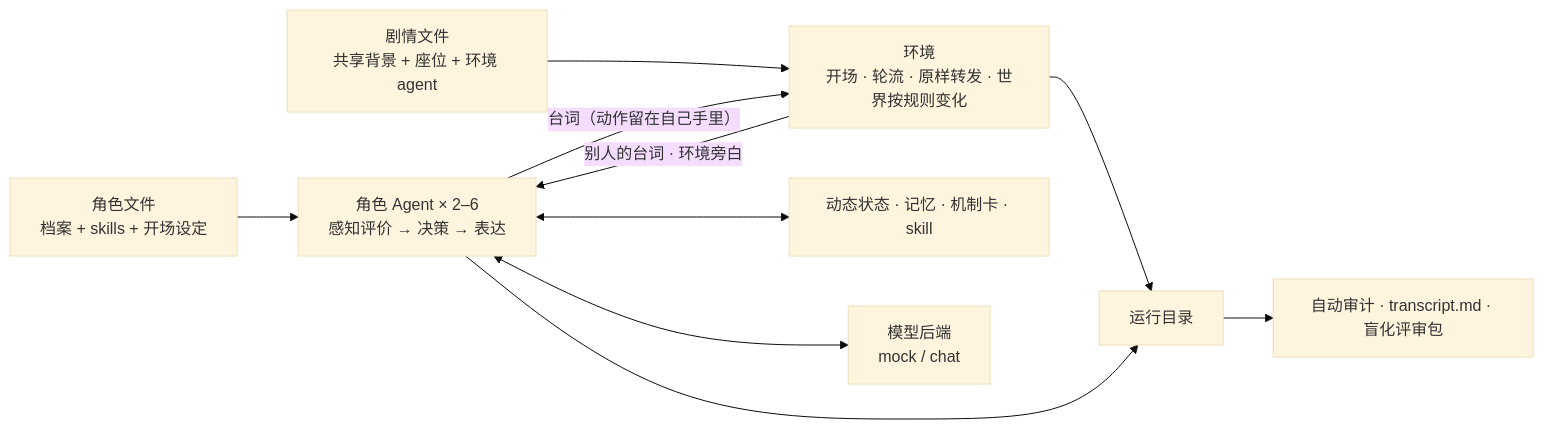
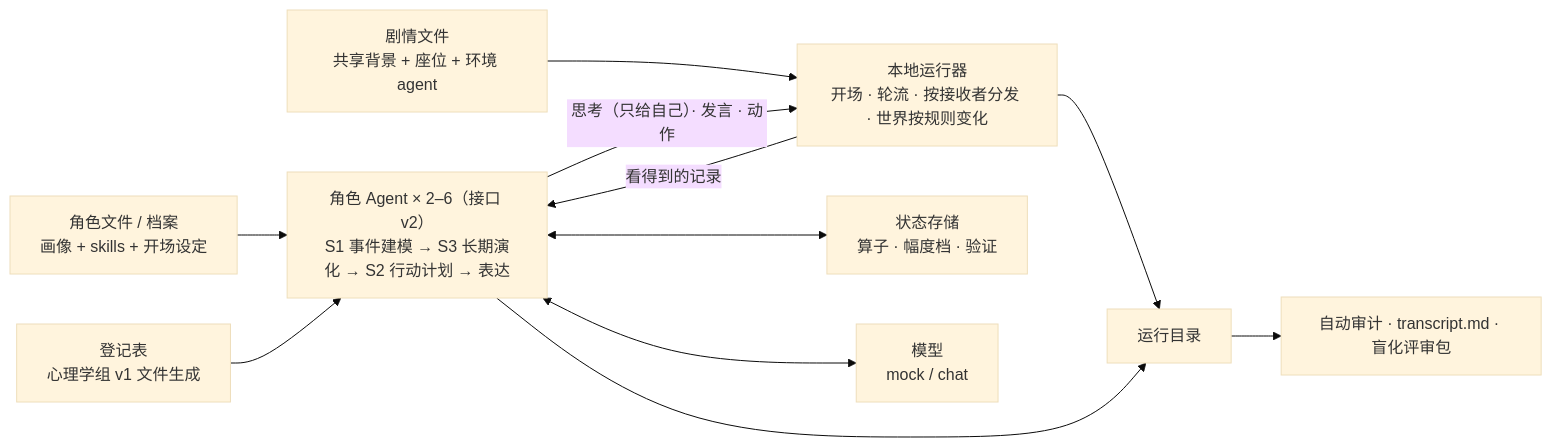
One commit to piersalei/RoleSimulationFramework changed the diagram in README.md. Above: the diagram before and after it, drawn with Mermaid (base theme). The commit also changed other lines of this file and 68 other files, not shown here.

````diff
--- a/README.md
+++ b/README.md
@@ -9,12 +9,13 @@
 ```mermaid
 flowchart LR
-  R["角色文件<br/>档案 + skills + 开场设定"] --> A1["角色 Agent × 2–6<br/>感知评价 → 决策 → 表达"]
-  S["剧情文件<br/>共享背景 + 座位 + 环境 agent"] --> E["环境<br/>开场 · 轮流 · 原样转发 · 世界按规则变化"]
-  E -- "别人的台词 · 环境旁白" --> A1
-  A1 -- "台词（动作留在自己手里）" --> E
-  A1 <--> ST["动态状态 · 记忆 · 机制卡 · skill"]
-  A1 <--> M["模型后端<br/>mock / chat"]
+  R["角色文件 / 档案<br/>画像 + skills + 开场设定"] --> A1["角色 Agent × 2–6（接口 v2）<br/>S1 事件建模 → S3 长期演化 → S2 行动计划 → 表达"]
+  REG["登记表<br/>心理学组 v1 文件生成"] --> A1
+  S["剧情文件<br/>共享背景 + 座位 + 环境 agent"] --> E["本地运行器<br/>开场 · 轮流 · 按接收者分发 · 世界按规则变化"]
+  E -- "看得到的记录" --> A1
+  A1 -- "思考（只给自己）· 发言 · 动作" --> E
+  A1 <--> ST["状态存储<br/>算子 · 幅度档 · 验证"]
+  A1 <--> M["模型<br/>mock / chat"]
   E --> O["运行目录"]
   A1 --> O
   O --> AU["自动审计 · transcript.md · 盲化评审包"]
 ```
````
